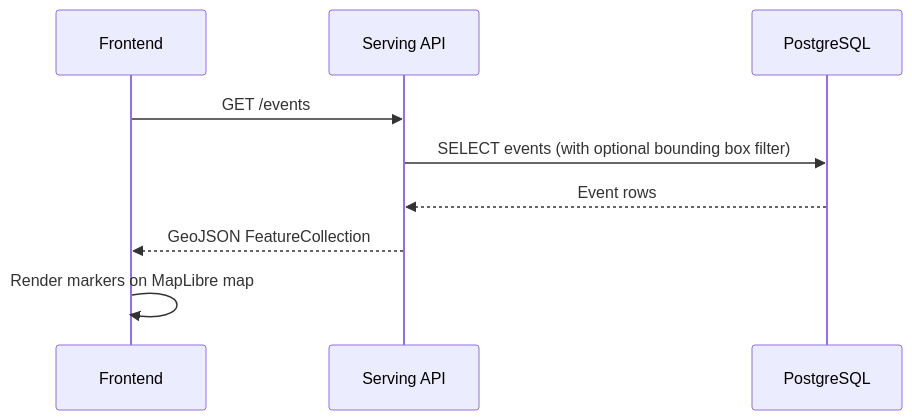
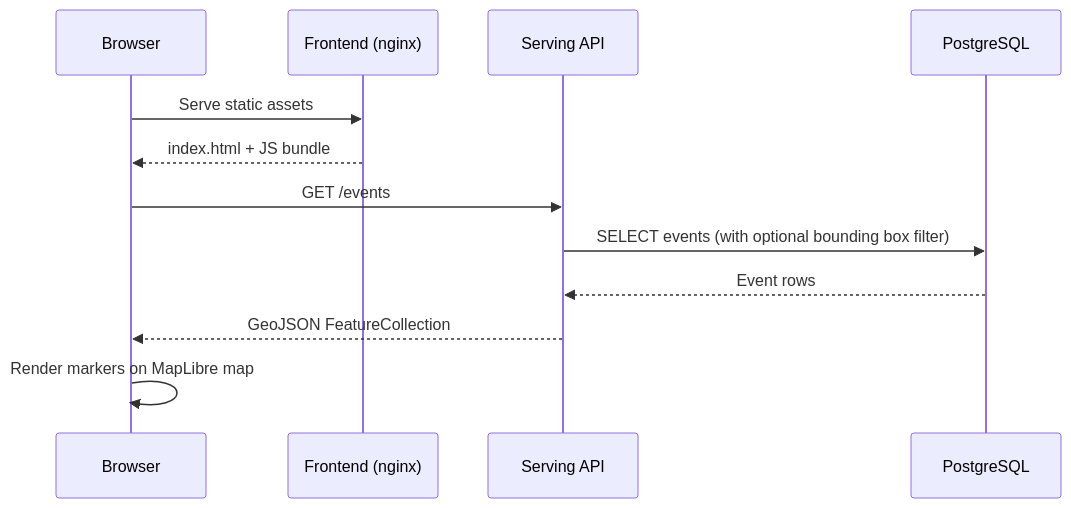
The third of 3 diagrams in docs/architecture/overview.md (ConnectedWanderer/living-map), drawn with Mermaid before and after one commit. The commit also changed other lines of this file and 25 other files, not shown here.

````diff
--- a/docs/architecture/overview.md
+++ b/docs/architecture/overview.md
@@ -120,12 +119,15 @@
 ```mermaid
 sequenceDiagram
-    participant F as Frontend
+    participant B as Browser
+    participant FE as Frontend (nginx)
     participant SA as Serving API
     participant DB as PostgreSQL
 
-    F->>SA: GET /events
+    B->>FE: Serve static assets
+    FE-->>B: index.html + JS bundle
+    B->>SA: GET /events
     SA->>DB: SELECT events (with optional bounding box filter)
     DB-->>SA: Event rows
-    SA-->>F: GeoJSON FeatureCollection
-    F->>F: Render markers on MapLibre map
+    SA-->>B: GeoJSON FeatureCollection
+    B->>B: Render markers on MapLibre map
 ```
````
